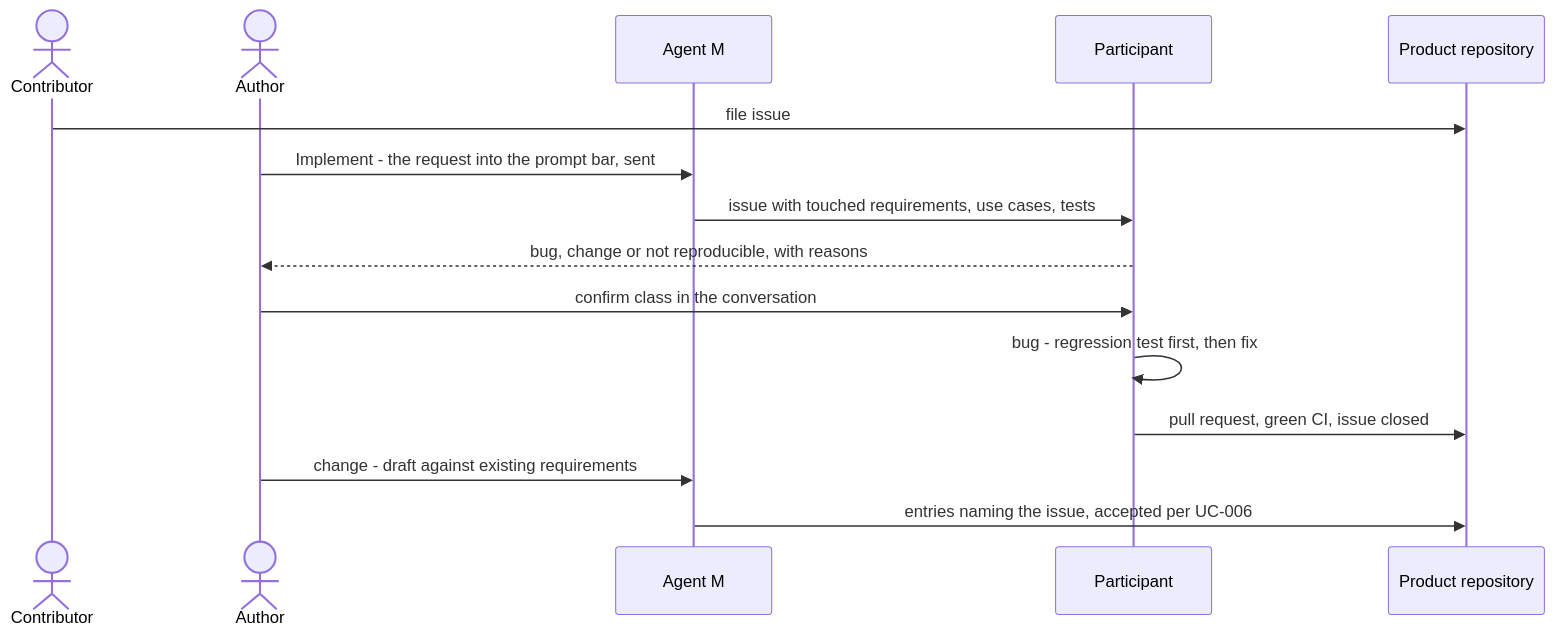
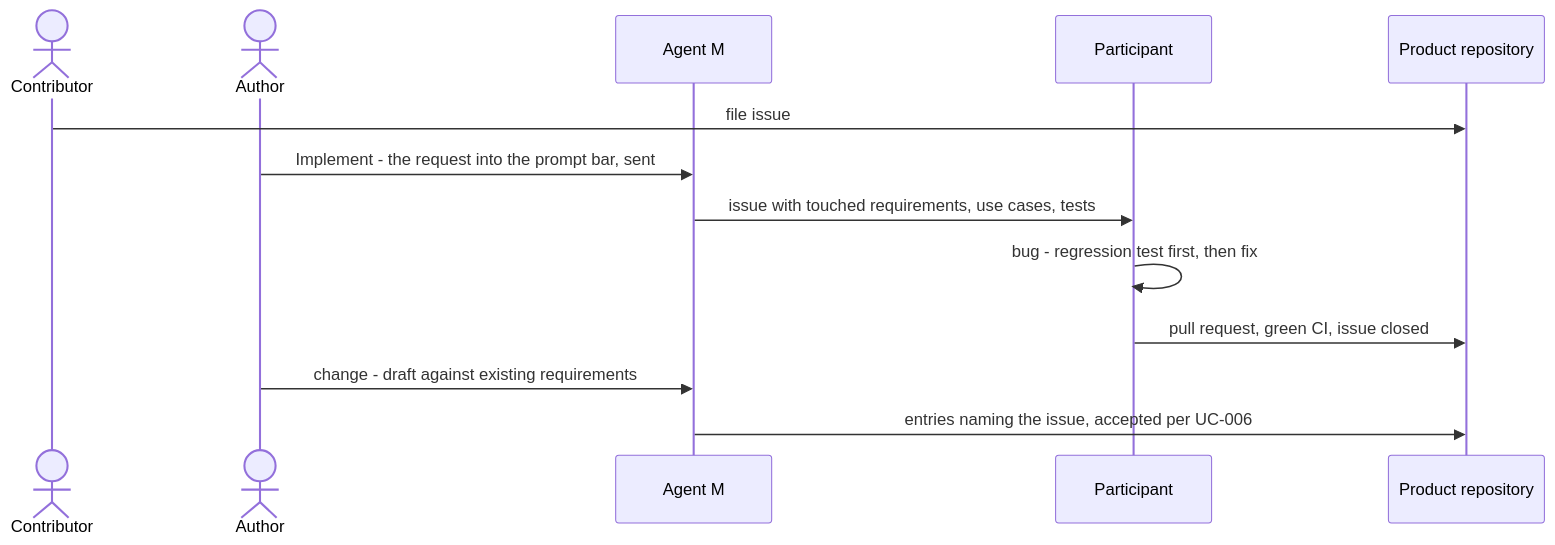
One commit to akmaier/agent-m changed the diagram in docs/use-cases/UC-012-turn-an-issue-into-a-specification-change.md. Above: the diagram before and after it, drawn with Mermaid. The commit also changed other lines of this file, not shown here.

````diff
--- a/docs/use-cases/UC-012-turn-an-issue-into-a-specification-change.md
+++ b/docs/use-cases/UC-012-turn-an-issue-into-a-specification-change.md
@@ -64,17 +66,15 @@
 ```mermaid
 sequenceDiagram
     actor C as Contributor
     actor A as Author
     participant M as Agent M
     participant P as Participant
     participant G as Product repository
     C->>G: file issue
     A->>M: Implement - the request into the prompt bar, sent
     M->>P: issue with touched requirements, use cases, tests
-    P-->>A: bug, change or not reproducible, with reasons
-    A->>P: confirm class in the conversation
     P->>P: bug - regression test first, then fix
     P->>G: pull request, green CI, issue closed
     A->>M: change - draft against existing requirements
     M->>G: entries naming the issue, accepted per UC-006
 ```
````
